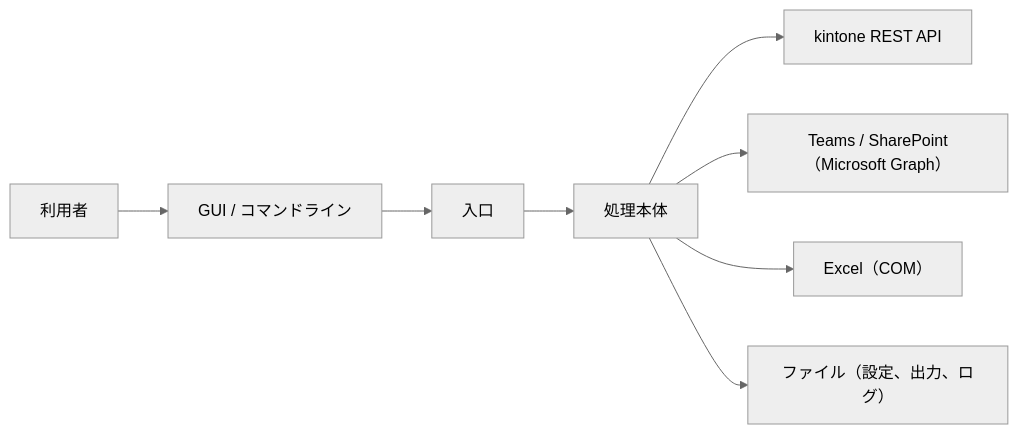
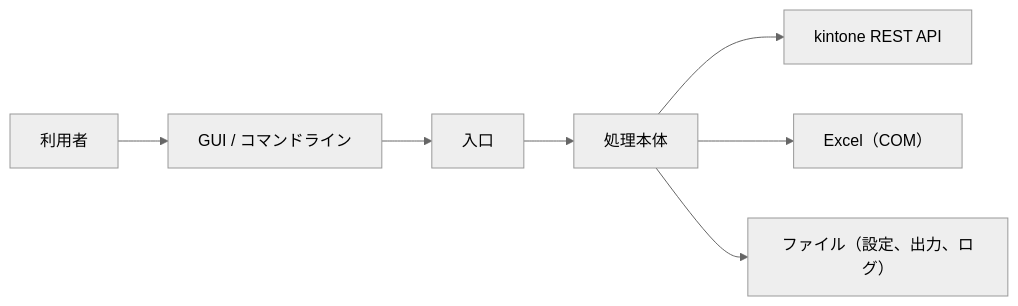
Before and after one commit to nishida2073/project_management: the diagram in tool/package-generator/doc/02_設計/アーキテクチャ設計.md, drawn with Mermaid (neutral theme). The commit also changed other lines of this file and 8 other files, not shown here.

````diff
--- a/tool/package-generator/doc/02_設計/アーキテクチャ設計.md
+++ b/tool/package-generator/doc/02_設計/アーキテクチャ設計.md
@@ -16,10 +16,9 @@
 ```mermaid
 flowchart LR
     U["利用者"] --> GUI["GUI / コマンドライン"]
     GUI --> ENTRY["入口"]
     ENTRY --> PS["処理本体"]
     PS --> K["kintone REST API"]
-    PS --> GR["Teams / SharePoint（Microsoft Graph）"]
     PS --> XL["Excel（COM）"]
     PS --> FS["ファイル（設定、出力、ログ）"]
 ```
````
